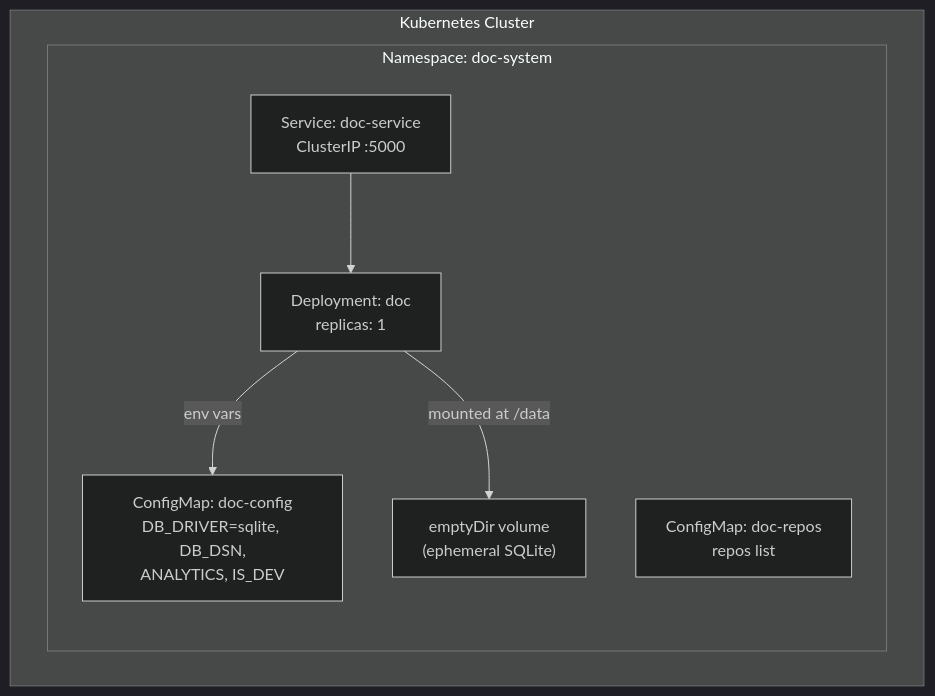
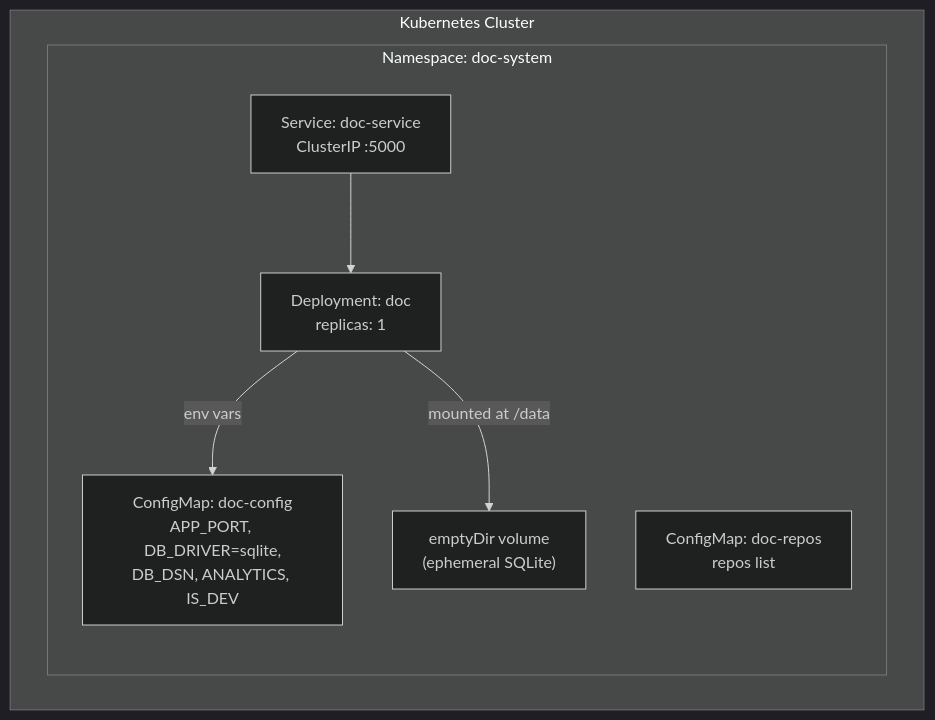
The seventh of 9 diagrams in docs/ARCHITECTURE.md (rashedkvm/doc), drawn with Mermaid (dark theme) before and after one commit. The commit also changed other lines of this file and 31 other files, not shown here.

````diff
--- a/docs/ARCHITECTURE.md
+++ b/docs/ARCHITECTURE.md
@@ -380,16 +383,16 @@
 ```mermaid
 graph TB
     subgraph cluster ["Kubernetes Cluster"]
         subgraph ns ["Namespace: doc-system"]
             DocDeploy["Deployment: doc<br/>replicas: 1"]
             DocSvc["Service: doc-service<br/>ClusterIP :5000"]
-            CM["ConfigMap: doc-config<br/>DB_DRIVER=sqlite, DB_DSN,<br/>ANALYTICS, IS_DEV"]
+            CM["ConfigMap: doc-config<br/>APP_PORT, DB_DRIVER=sqlite,<br/>DB_DSN, ANALYTICS, IS_DEV"]
             ReposCM["ConfigMap: doc-repos<br/>repos list"]
             EmptyDir["emptyDir volume<br/>(ephemeral SQLite)"]
         end
     end
 
     DocSvc --> DocDeploy
     DocDeploy -- "env vars" --> CM
     DocDeploy -- "mounted at /data" --> EmptyDir
 ```
````
